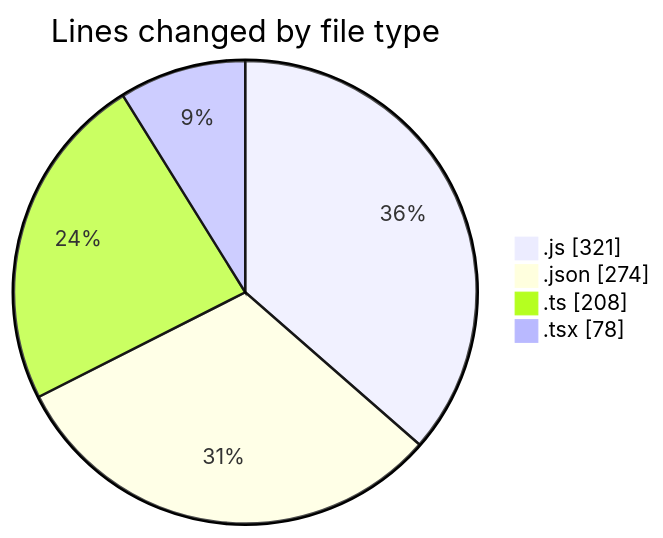
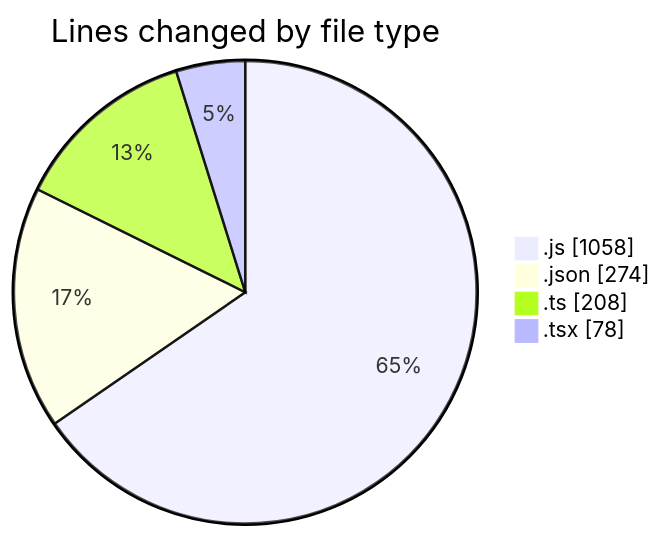
The first of 2 diagrams in 2026-04-07/cda/README.md (momahboobian/code-tracking), drawn with Mermaid before and after one commit. The commit also changed other lines of this file and 1 other file, not shown here.

````diff
--- a/2026-04-07/cda/README.md
+++ b/2026-04-07/cda/README.md
@@ -27,8 +28,8 @@
 ```mermaid
 pie showData
 title Lines changed by file type
-".js" : 321
+".js" : 1058
 ".json" : 274
 ".ts" : 208
 ".tsx" : 78
 ```
````
